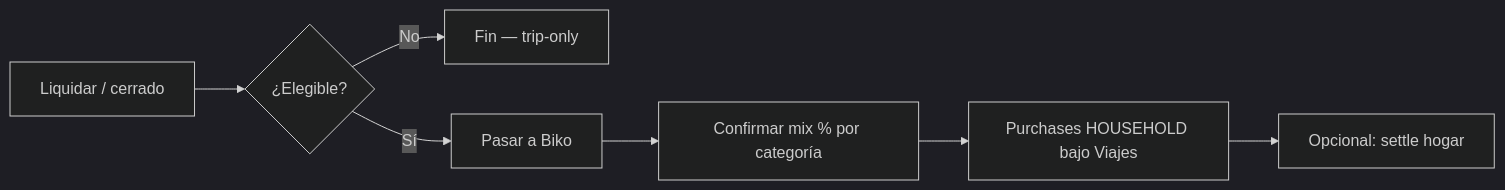
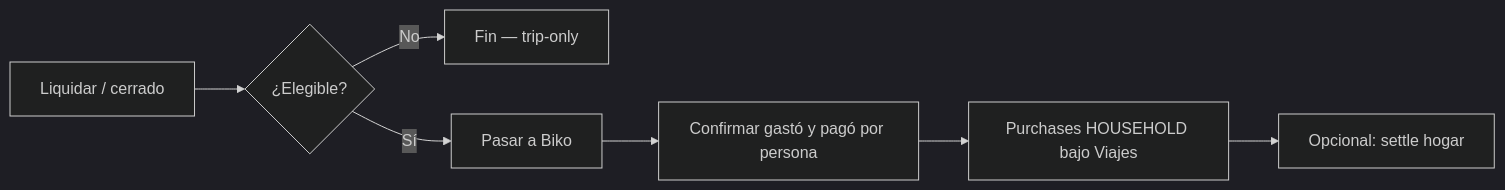
One commit to msar/biko changed the third of 3 diagrams in docs/trip-manager-prd.md. Above: the diagram before and after it, drawn with Mermaid (dark theme). The commit also changed other lines of this file and 7 other files, not shown here.

````diff
--- a/docs/trip-manager-prd.md
+++ b/docs/trip-manager-prd.md
@@ -347,9 +351,9 @@
 ```mermaid
 flowchart LR
   L[Liquidar / cerrado] --> E{¿Elegible?}
   E -->|No| X[Fin — trip-only]
   E -->|Sí| P[Pasar a Biko]
-  P --> M[Confirmar mix % por categoría]
+  P --> M[Confirmar gastó y pagó por persona]
   M --> W[Purchases HOUSEHOLD bajo Viajes]
   W --> H[Opcional: settle hogar]
 ```
````
